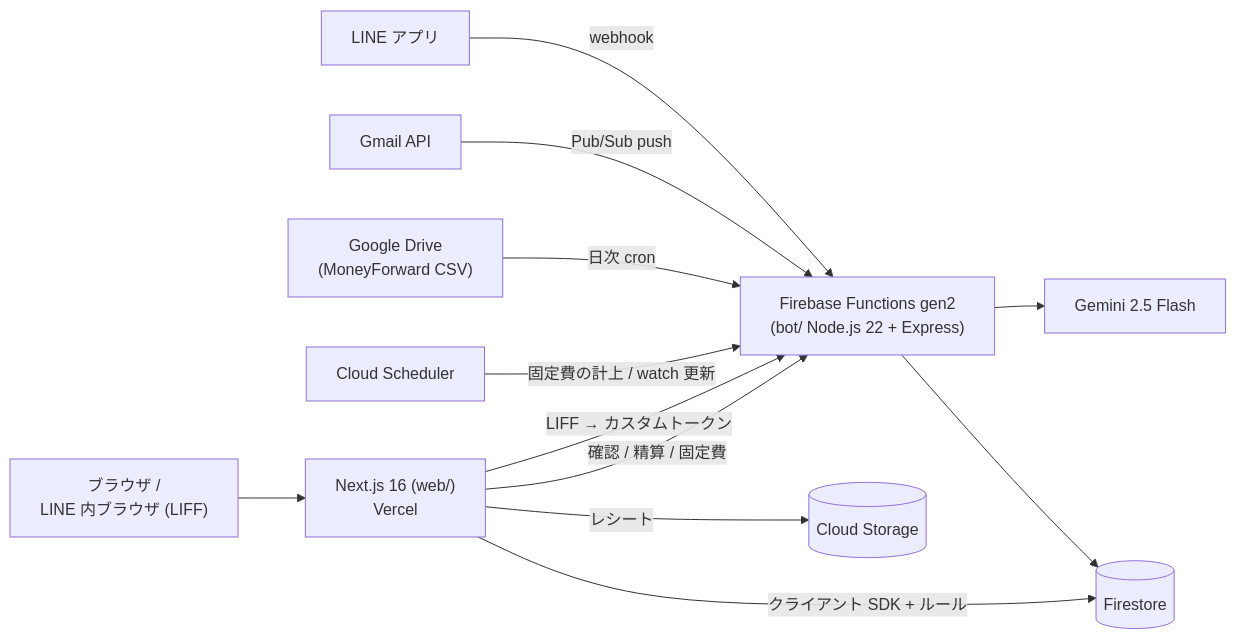
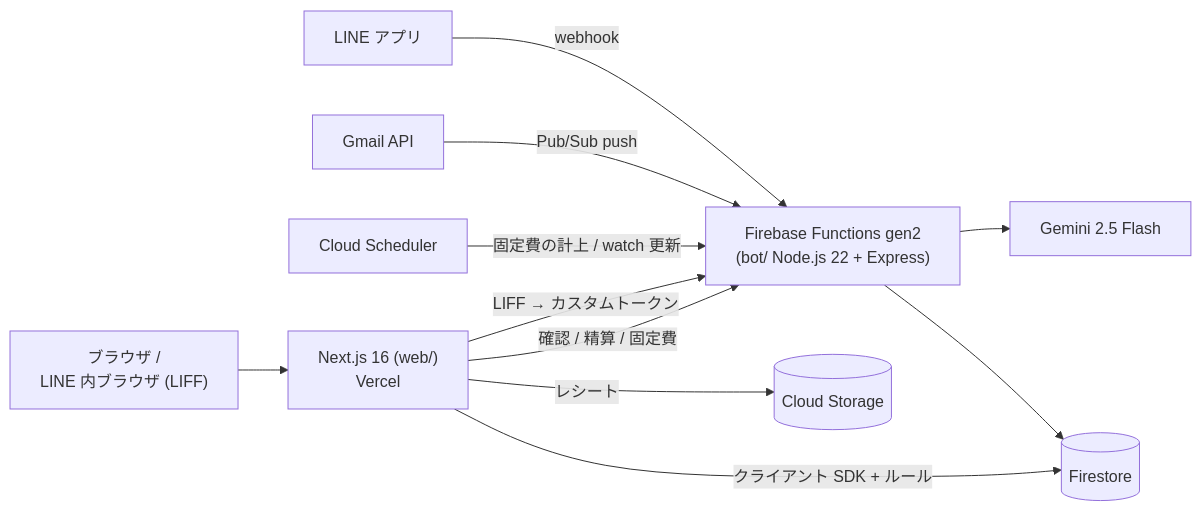
One commit to Makoto041/line-kakeibo changed the diagram in README.md. Above: the diagram before and after it, drawn with Mermaid. The commit also changed other lines of this file and 9 other files, not shown here.

First line of the commit message:
refactor(bot): 使われていない MoneyForward CSV 取込を削除する (#201)

````diff
--- a/README.md
+++ b/README.md
@@ -56,14 +55,13 @@
 ```mermaid
 flowchart LR
     LINE["LINE アプリ"] -->|webhook| Bot["Firebase Functions gen2<br/>(bot/ Node.js 22 + Express)"]
     Gmail["Gmail API"] -->|Pub/Sub push| Bot
-    Drive["Google Drive<br/>(MoneyForward CSV)"] -->|日次 cron| Bot
     Cron["Cloud Scheduler"] -->|固定費の計上 / watch 更新| Bot
     Bot --> Gemini["Gemini 2.5 Flash"]
     Bot --> FS[("Firestore")]
     Browser["ブラウザ /<br/>LINE 内ブラウザ (LIFF)"] --> Web["Next.js 16 (web/)<br/>Vercel"]
     Web -->|LIFF → カスタムトークン| Bot
     Web -->|クライアント SDK + ルール| FS
     Web -->|レシート| ST[("Cloud Storage")]
     Web -->|確認 / 精算 / 固定費| Bot
 ```
````
